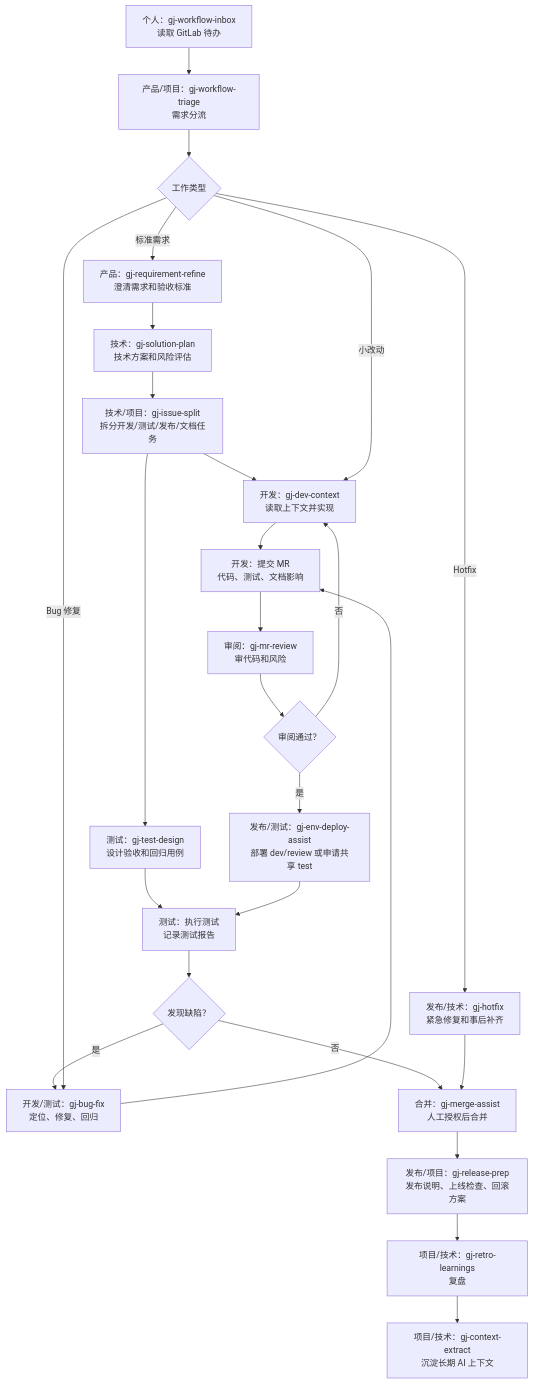
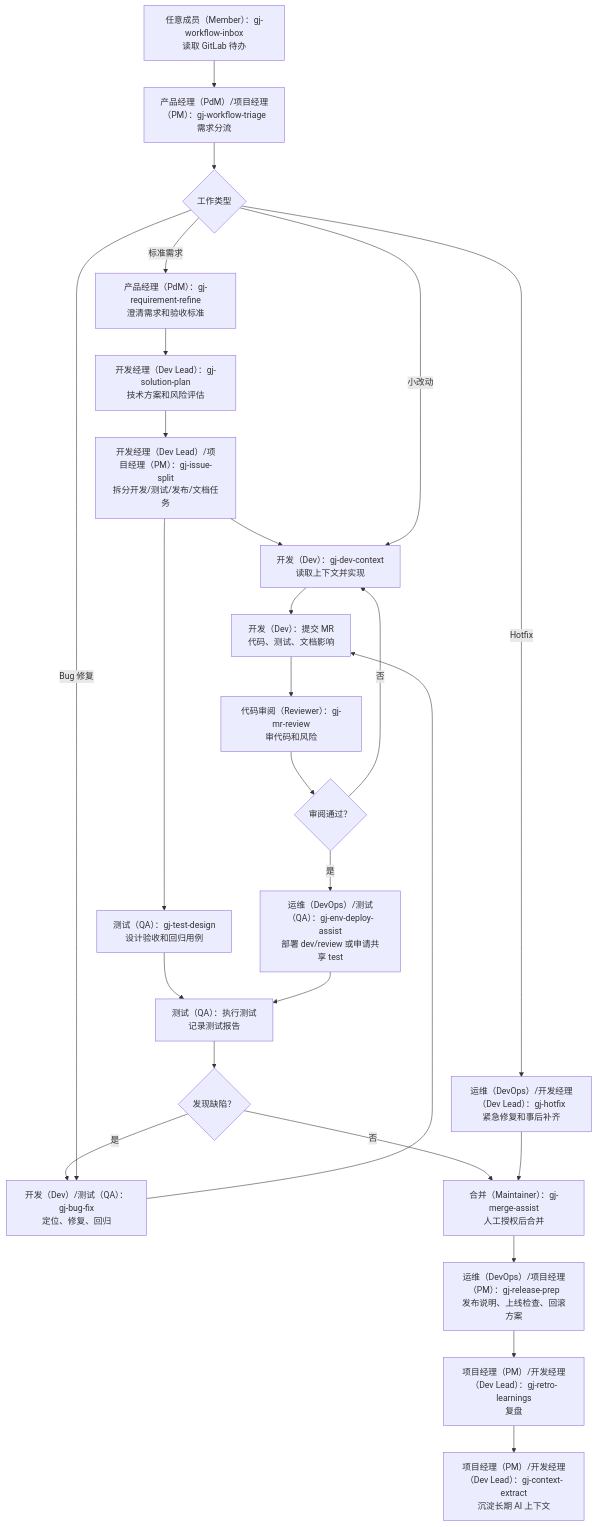
The diagram in README.md (TheLastMagician/gj-gitlab-ai-workflow), drawn with Mermaid before and after one commit. The commit also changed other lines of this file, not shown here.

Commit message:
docs(readme): 调整角色称呼和流程图

````diff
--- a/README.md
+++ b/README.md
@@ -113,31 +97,31 @@
 ```mermaid
 flowchart TD
-  A["个人：gj-workflow-inbox<br/>读取 GitLab 待办"] --> B["产品/项目：gj-workflow-triage<br/>需求分流"]
+  A["任意成员（Member）：gj-workflow-inbox<br/>读取 GitLab 待办"] --> B["产品经理（PdM）/项目经理（PM）：gj-workflow-triage<br/>需求分流"]
   B --> C{"工作类型"}
 
-  C -- "标准需求" --> D["产品：gj-requirement-refine<br/>澄清需求和验收标准"]
-  D --> E["技术：gj-solution-plan<br/>技术方案和风险评估"]
-  E --> F["技术/项目：gj-issue-split<br/>拆分开发/测试/发布/文档任务"]
+  C -- "标准需求" --> D["产品经理（PdM）：gj-requirement-refine<br/>澄清需求和验收标准"]
+  D --> E["开发经理（Dev Lead）：gj-solution-plan<br/>技术方案和风险评估"]
+  E --> F["开发经理（Dev Lead）/项目经理（PM）：gj-issue-split<br/>拆分开发/测试/发布/文档任务"]
 
-  F --> G["开发：gj-dev-context<br/>读取上下文并实现"]
-  F --> H["测试：gj-test-design<br/>设计验收和回归用例"]
-  G --> I["开发：提交 MR<br/>代码、测试、文档影响"]
-  I --> J["审阅：gj-mr-review<br/>审代码和风险"]
+  F --> G["开发（Dev）：gj-dev-context<br/>读取上下文并实现"]
+  F --> H["测试（QA）：gj-test-design<br/>设计验收和回归用例"]
+  G --> I["开发（Dev）：提交 MR<br/>代码、测试、文档影响"]
+  I --> J["代码审阅（Reviewer）：gj-mr-review<br/>审代码和风险"]
   J --> K{"审阅通过？"}
   K -- "否" --> G
-  K -- "是" --> L["发布/测试：gj-env-deploy-assist<br/>部署 dev/review 或申请共享 test"]
-  H --> M["测试：执行测试<br/>记录测试报告"]
+  K -- "是" --> L["运维（DevOps）/测试（QA）：gj-env-deploy-assist<br/>部署 dev/review 或申请共享 test"]
+  H --> M["测试（QA）：执行测试<br/>记录测试报告"]
   L --> M
   M --> N{"发现缺陷？"}
-  N -- "是" --> O["开发/测试：gj-bug-fix<br/>定位、修复、回归"]
+  N -- "是" --> O["开发（Dev）/测试（QA）：gj-bug-fix<br/>定位、修复、回归"]
   O --> I
-  N -- "否" --> P["合并：gj-merge-assist<br/>人工授权后合并"]
-  P --> Q["发布/项目：gj-release-prep<br/>发布说明、上线检查、回滚方案"]
-  Q --> R["项目/技术：gj-retro-learnings<br/>复盘"]
-  R --> S["项目/技术：gj-context-extract<br/>沉淀长期 AI 上下文"]
+  N -- "否" --> P["合并（Maintainer）：gj-merge-assist<br/>人工授权后合并"]
+  P --> Q["运维（DevOps）/项目经理（PM）：gj-release-prep<br/>发布说明、上线检查、回滚方案"]
+  Q --> R["项目经理（PM）/开发经理（Dev Lead）：gj-retro-learnings<br/>复盘"]
+  R --> S["项目经理（PM）/开发经理（Dev Lead）：gj-context-extract<br/>沉淀长期 AI 上下文"]
 
   C -- "小改动" --> G
   C -- "Bug 修复" --> O
-  C -- "Hotfix" --> T["发布/技术：gj-hotfix<br/>紧急修复和事后补齐"]
+  C -- "Hotfix" --> T["运维（DevOps）/开发经理（Dev Lead）：gj-hotfix<br/>紧急修复和事后补齐"]
   T --> P
 ```
````
